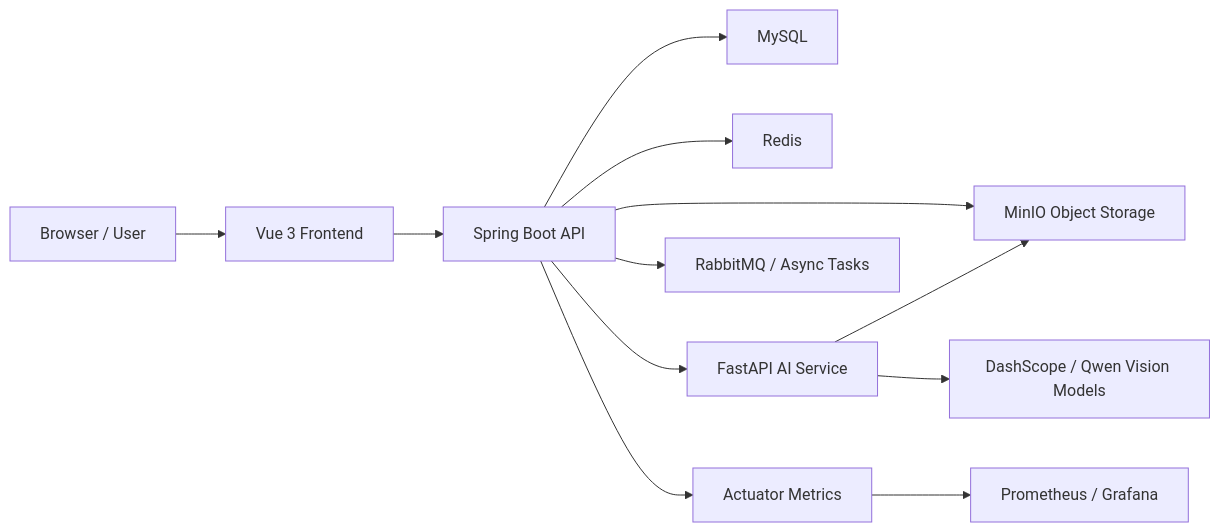
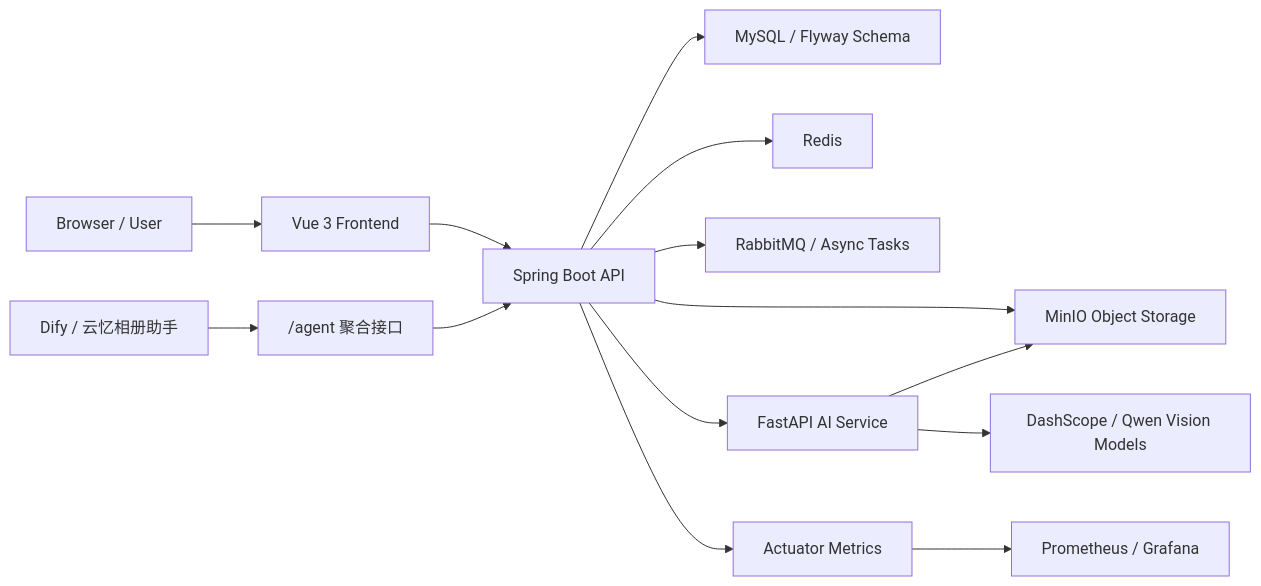
One commit to Jasper-xxx/cloud-album-ai changed the diagram in README.md. Above: the diagram before and after it, drawn with Mermaid. The commit also changed other lines of this file and 129 other files, not shown here.

````diff
--- a/README.md
+++ b/README.md
@@ -31,14 +35,16 @@
 ```mermaid
 flowchart LR
     User["Browser / User"] --> Frontend["Vue 3 Frontend"]
     Frontend --> Backend["Spring Boot API"]
-    Backend --> MySQL["MySQL"]
+    Agent["Dify / 云忆相册助手"] --> AgentAPI["/agent 聚合接口"]
+    AgentAPI --> Backend
+    Backend --> MySQL["MySQL / Flyway Schema"]
     Backend --> Redis["Redis"]
     Backend --> MinIO["MinIO Object Storage"]
+    Backend --> MQ["RabbitMQ / Async Tasks"]
     Backend --> AI["FastAPI AI Service"]
     AI --> MinIO
     AI --> DashScope["DashScope / Qwen Vision Models"]
-    Backend --> MQ["RabbitMQ / Async Tasks"]
     Backend --> Metrics["Actuator Metrics"]
     Metrics --> Prometheus["Prometheus / Grafana"]
 ```
````
